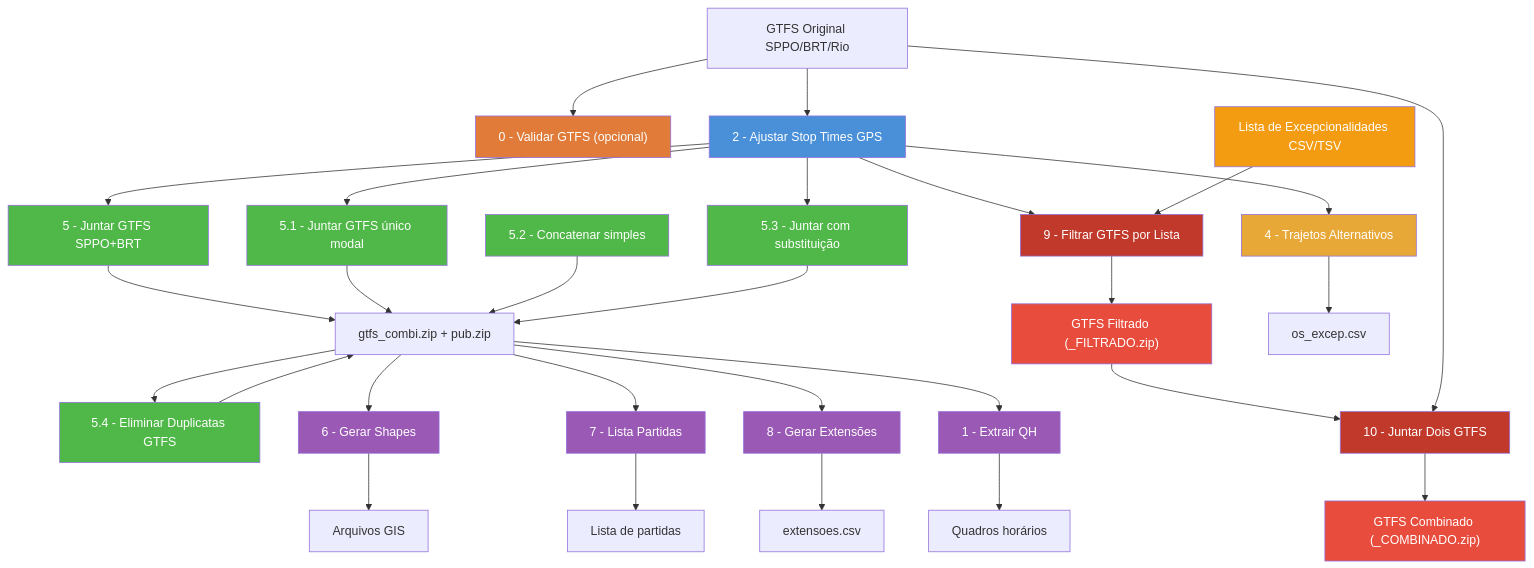
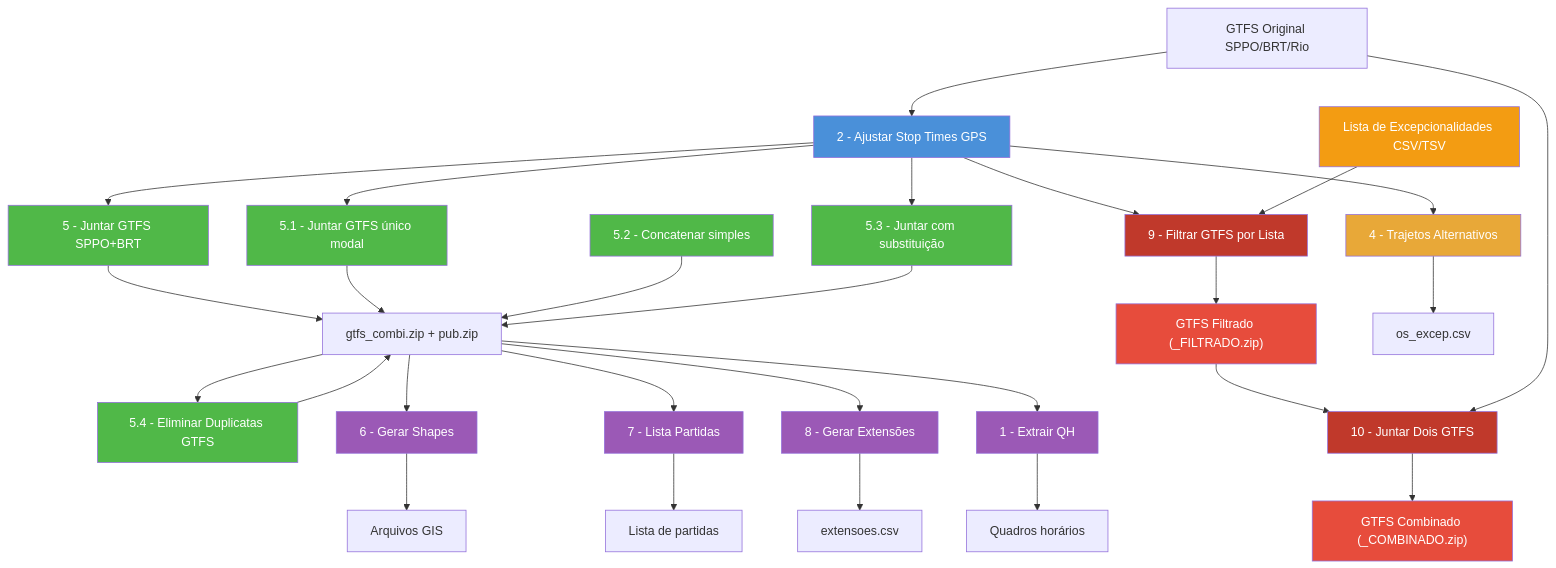
One commit to Fcsgeo82/processar_gtfs changed the diagram in README.md. Above: the diagram before and after it, drawn with Mermaid. The commit also changed other lines of this file and 21 other files, not shown here.

````diff
--- a/README.md
+++ b/README.md
@@ -329,73 +329,70 @@
 ```mermaid
 graph TD
     ENTRADA["GTFS Original SPPO/BRT/Rio"]
-    A0["0 - Validar GTFS (opcional)"]
     B["2 - Ajustar Stop Times GPS"]
     D["4 - Trajetos Alternativos"]
     E5["5 - Juntar GTFS SPPO+BRT"]
     E51["5.1 - Juntar GTFS único modal"]
     E52["5.2 - Concatenar simples"]
     E53["5.3 - Juntar com substituição"]
     E54["5.4 - Eliminar Duplicatas GTFS"]
     E9["9 - Filtrar GTFS por Lista"]
     E10["10 - Juntar Dois GTFS"]
     PUB["gtfs_combi.zip + pub.zip"]
     FILTRADO["GTFS Filtrado (_FILTRADO.zip)"]
     COMBINADO["GTFS Combinado (_COMBINADO.zip)"]
     F["6 - Gerar Shapes"]
     G["7 - Lista Partidas"]
     H["8 - Gerar Extensões"]
     A["1 - Extrair QH"]
     OUT4["os_excep.csv"]
     OUT6["Arquivos GIS"]
     OUT7["Lista de partidas"]
     OUT8["extensoes.csv"]
     OUT1["Quadros horários"]
     LISTA["Lista de Excepcionalidades CSV/TSV"]
  
-    ENTRADA --> A0
     ENTRADA --> B
     B --> D
     B --> E5
     B --> E51
     B --> E53
     B --> E9
     D --> OUT4
     LISTA --> E9
     E9 --> FILTRADO
     FILTRADO --> E10
     ENTRADA --> E10
     E10 --> COMBINADO
     E5 --> PUB
     E51 --> PUB
     E52 --> PUB
     E53 --> PUB
     PUB --> E54
     E54 --> PUB
     PUB --> F
     PUB --> G
     PUB --> H
     PUB --> A
     F --> OUT6
     G --> OUT7
     H --> OUT8
     A --> OUT1
  
-    style A0 fill:#e07b39,color:#fff
     style B fill:#4a90d9,color:#fff
     style D fill:#e8a838,color:#fff
     style E5 fill:#50b848,color:#fff
     style E51 fill:#50b848,color:#fff
     style E52 fill:#50b848,color:#fff
     style E53 fill:#50b848,color:#fff
     style E54 fill:#50b848,color:#fff
     style E9 fill:#c0392b,color:#fff
     style E10 fill:#c0392b,color:#fff
     style F fill:#9b59b6,color:#fff
     style G fill:#9b59b6,color:#fff
     style H fill:#9b59b6,color:#fff
     style A fill:#9b59b6,color:#fff
     style LISTA fill:#f39c12,color:#fff
     style FILTRADO fill:#e74c3c,color:#fff
     style COMBINADO fill:#e74c3c,color:#fff
 ```
````
